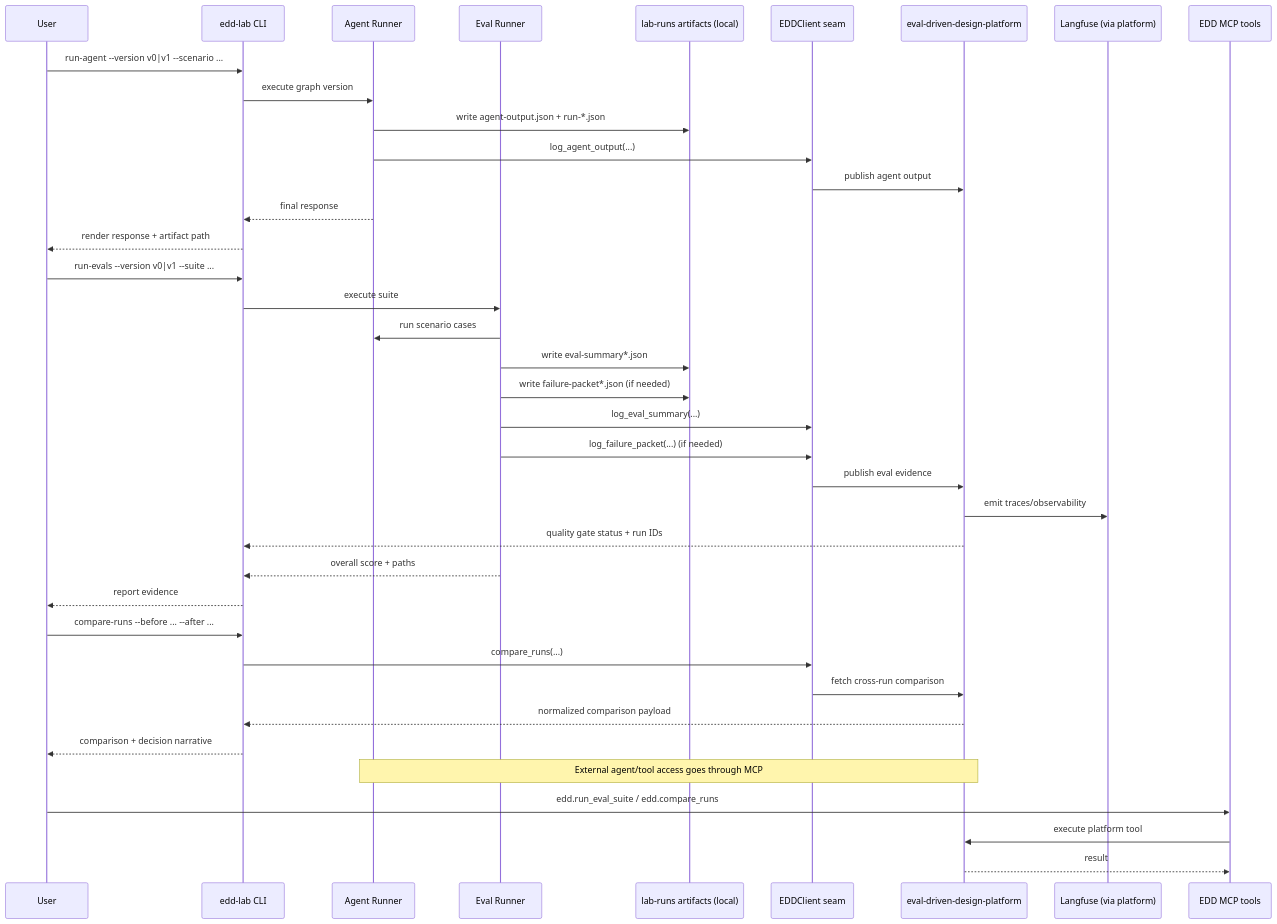
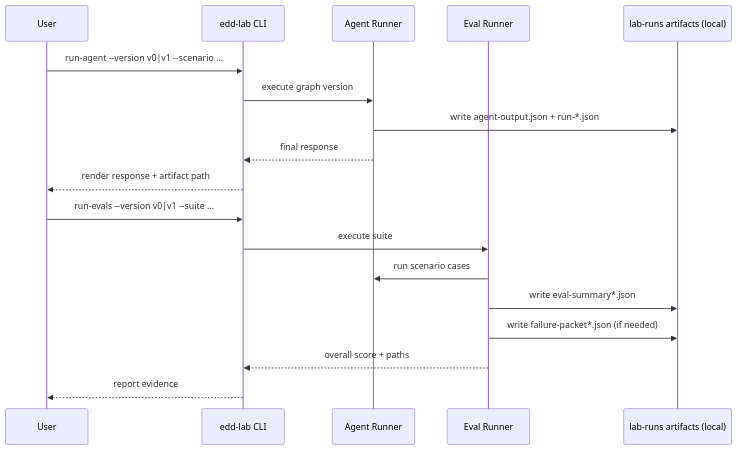
Before and after one commit to bfalkowski/edd-agent-lab: the second of 3 diagrams in README.md, drawn with Mermaid. The commit also changed other lines of this file, not shown here.

Commit message:
Simplify README Mermaid diagrams for readability
Reduce the EDD loop to a compact visual and split the large end-state sequence into execution and platform-integration diagrams so the architecture is easier to scan on GitHub.

````diff
--- a/README.md
+++ b/README.md
@@ -36,44 +36,22 @@
 ```mermaid
 sequenceDiagram
     participant U as User
     participant CLI as edd-lab CLI
     participant AG as Agent Runner
     participant EV as Eval Runner
     participant AR as lab-runs artifacts (local)
-    participant EC as EDDClient seam
-    participant EP as eval-driven-design-platform
-    participant LF as Langfuse (via platform)
-    participant MCP as EDD MCP tools
 
     U->>CLI: run-agent --version v0|v1 --scenario ...
     CLI->>AG: execute graph version
     AG->>AR: write agent-output.json + run-*.json
-    AG->>EC: log_agent_output(...)
-    EC->>EP: publish agent output
     AG-->>CLI: final response
     CLI-->>U: render response + artifact path
 
     U->>CLI: run-evals --version v0|v1 --suite ...
     CLI->>EV: execute suite
     EV->>AG: run scenario cases
     EV->>AR: write eval-summary*.json
     EV->>AR: write failure-packet*.json (if needed)
-    EV->>EC: log_eval_summary(...)
-    EV->>EC: log_failure_packet(...) (if needed)
-    EC->>EP: publish eval evidence
-    EP->>LF: emit traces/observability
-    EP-->>CLI: quality gate status + run IDs
     EV-->>CLI: overall score + paths
     CLI-->>U: report evidence
-
-    U->>CLI: compare-runs --before ... --after ...
-    CLI->>EC: compare_runs(...)
-    EC->>EP: fetch cross-run comparison
-    EP-->>CLI: normalized comparison payload
-    CLI-->>U: comparison + decision narrative
-
-    Note over AG,EP: External agent/tool access goes through MCP
-    U->>MCP: edd.run_eval_suite / edd.compare_runs
-    MCP->>EP: execute platform tool
-    EP-->>MCP: result
 ```
````
